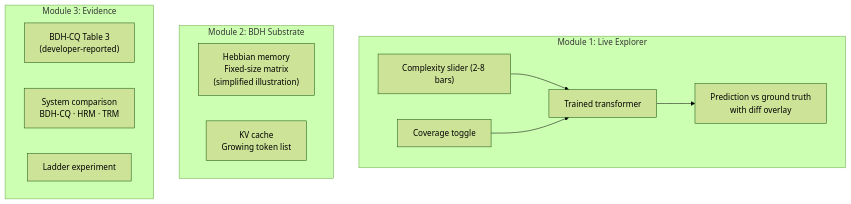
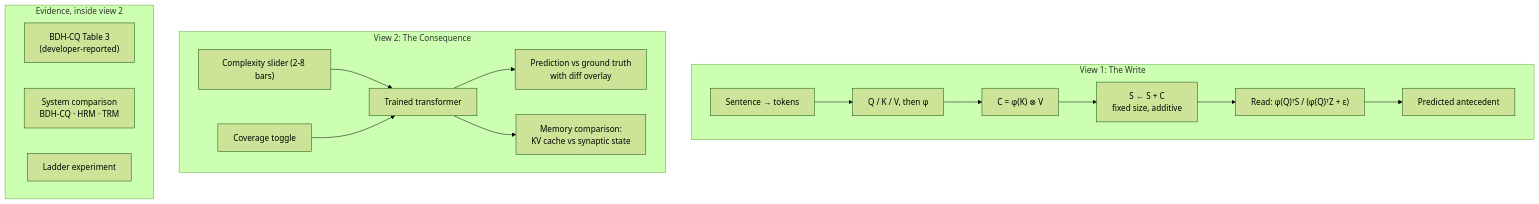
One commit to wildcraft958/DataForge changed the third of 5 diagrams in README.md. Above: the diagram before and after it, drawn with Mermaid (forest theme). The commit also changed other lines of this file, not shown here.

First line of the commit message:
Describe both views in the architecture section

````diff
--- a/README.md
+++ b/README.md
@@ -64,17 +64,21 @@
 ```mermaid
 graph TB
-    subgraph explorer ["Module 1: Live Explorer"]
+    subgraph write ["View 1: The Write"]
+        W1["Sentence → tokens"] --> W2["Q / K / V, then φ"]
+        W2 --> W3["C = φ(K) ⊗ V"]
+        W3 --> W4["S ← S + C<br/>fixed size, additive"]
+        W4 --> W5["Read: φ(Q)ᵀS / (φ(Q)ᵀZ + ε)"]
+        W5 --> W6["Predicted antecedent"]
+    end
+    subgraph consequence ["View 2: The Consequence"]
         S["Complexity slider (2-8 bars)"] --> M["Trained transformer"]
         T["Coverage toggle"] --> M
         M --> O["Prediction vs ground truth<br/>with diff overlay"]
+        M --> H["Memory comparison:<br/>KV cache vs synaptic state"]
     end
-    subgraph bdh ["Module 2: BDH Substrate"]
-        H["Hebbian memory<br/>Fixed-size matrix<br/>(simplified illustration)"]
-        K["KV cache<br/>Growing token list"]
-    end
-    subgraph evidence ["Module 3: Evidence"]
+    subgraph evidence ["Evidence, inside view 2"]
         E1["BDH-CQ Table 3<br/>(developer-reported)"]
         E2["System comparison<br/>BDH-CQ · HRM · TRM"]
         E3["Ladder experiment"]
     end
 ```
````
